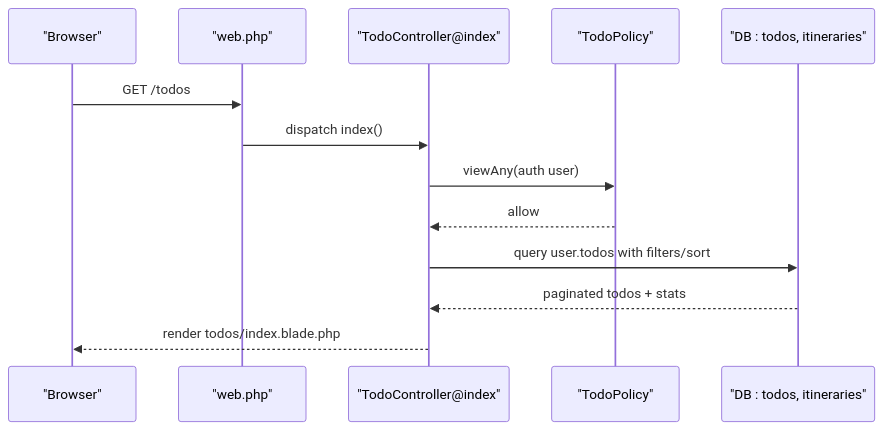
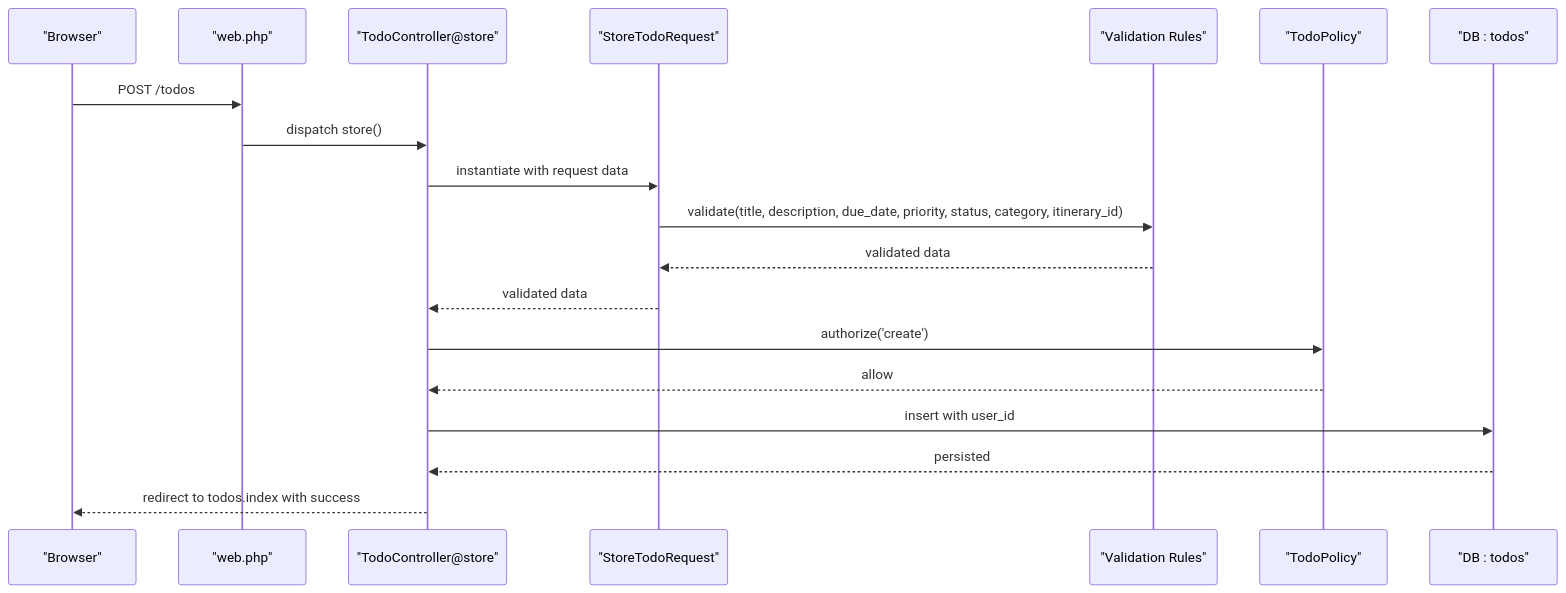
The second of 9 diagrams in .qoder/repowiki/en/content/To-Do List Management.md (VenokM05/Travel_Project), drawn with Mermaid before and after one commit. The commit also changed other lines of this file and 12 other files, not shown here.

````diff
--- a/.qoder/repowiki/en/content/To-Do List Management.md
+++ b/.qoder/repowiki/en/content/To-Do List Management.md
@@ -128,15 +158,21 @@
 ```mermaid
 sequenceDiagram
 participant Client as "Browser"
 participant Web as "web.php"
-participant TodoCtrl as "TodoController@index"
+participant TodoCtrl as "TodoController@store"
+participant StoreReq as "StoreTodoRequest"
+participant Validator as "Validation Rules"
 participant Policy as "TodoPolicy"
-participant DB as "DB : todos, itineraries"
-Client->>Web : GET /todos
-Web->>TodoCtrl : dispatch index()
-TodoCtrl->>Policy : viewAny(auth user)
+participant DB as "DB : todos"
+Client->>Web : POST /todos
+Web->>TodoCtrl : dispatch store()
+TodoCtrl->>StoreReq : instantiate with request data
+StoreReq->>Validator : validate(title, description, due_date, priority, status, category, itinerary_id)
+Validator-->>StoreReq : validated data
+StoreReq-->>TodoCtrl : validated data
+TodoCtrl->>Policy : authorize('create')
 Policy-->>TodoCtrl : allow
-TodoCtrl->>DB : query user.todos with filters/sort
-DB-->>TodoCtrl : paginated todos + stats
-TodoCtrl-->>Client : render todos/index.blade.php
+TodoCtrl->>DB : insert with user_id
+DB-->>TodoCtrl : persisted
+TodoCtrl-->>Client : redirect to todos.index with success
 ```
````
